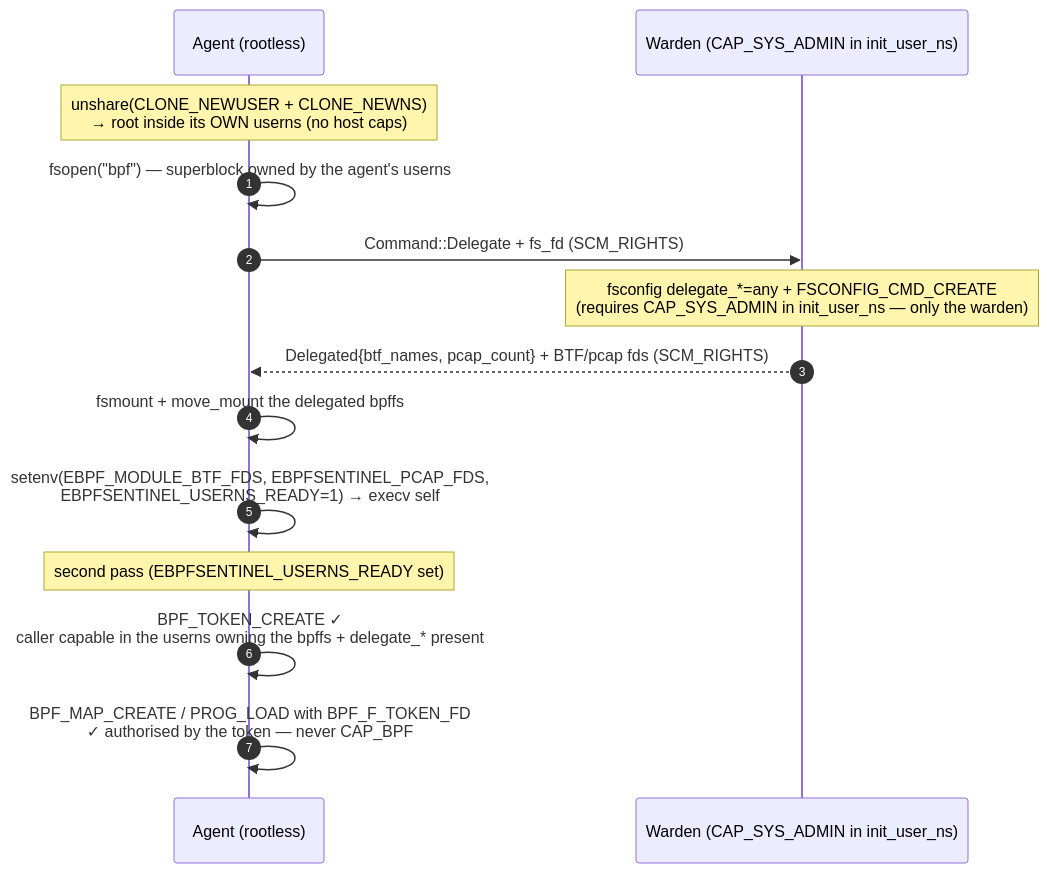
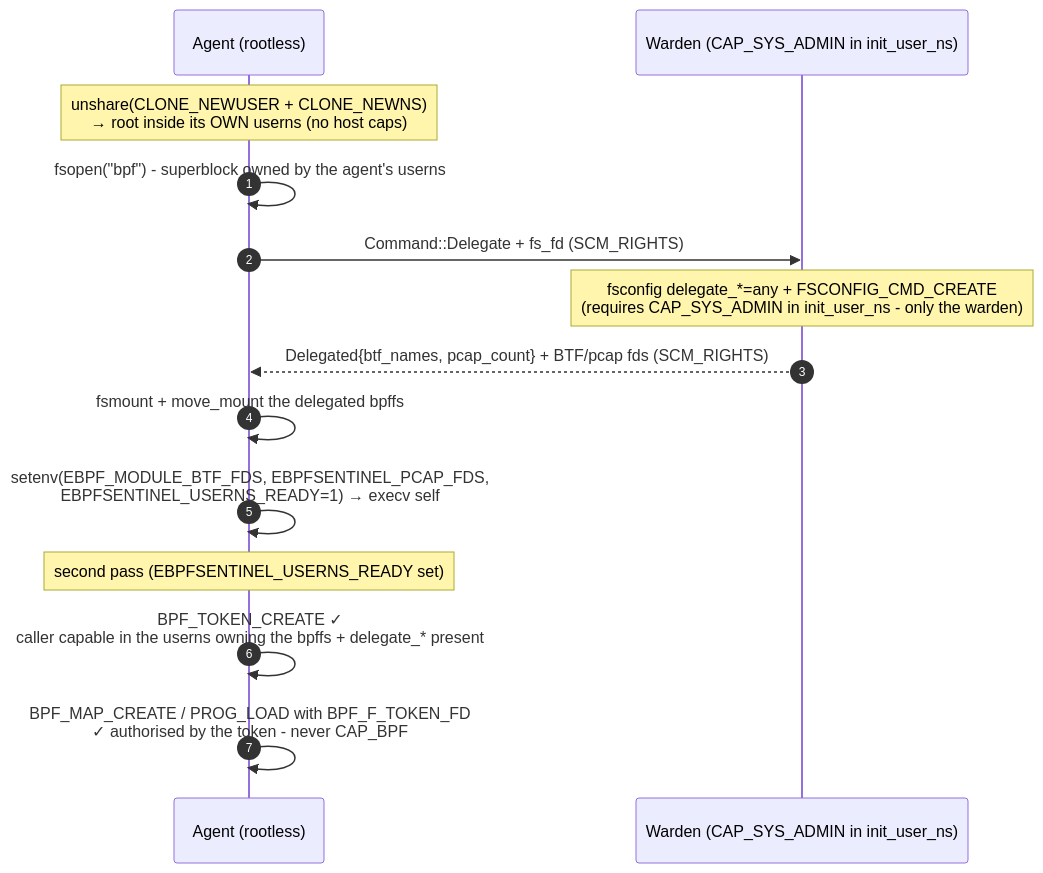
Before and after one commit to ebpfsentinel/ebpfsentinel-docs: the diagram in docs/operations/deployment/bpf-token.md, drawn with Mermaid. The commit also changed other lines of this file and 102 other files, not shown here.

````diff
--- a/docs/operations/deployment/bpf-token.md
+++ b/docs/operations/deployment/bpf-token.md
@@ -35,17 +35,17 @@
 ```mermaid
 sequenceDiagram
     autonumber
     participant A as Agent (rootless)
     participant W as Warden (CAP_SYS_ADMIN in init_user_ns)
 
     Note over A: unshare(CLONE_NEWUSER + CLONE_NEWNS)<br/>→ root inside its OWN userns (no host caps)
-    A->>A: fsopen("bpf") — superblock owned by the agent's userns
+    A->>A: fsopen("bpf") - superblock owned by the agent's userns
     A->>W: Command::Delegate + fs_fd (SCM_RIGHTS)
-    Note over W: fsconfig delegate_*=any + FSCONFIG_CMD_CREATE<br/>(requires CAP_SYS_ADMIN in init_user_ns — only the warden)
+    Note over W: fsconfig delegate_*=any + FSCONFIG_CMD_CREATE<br/>(requires CAP_SYS_ADMIN in init_user_ns - only the warden)
     W-->>A: Delegated{btf_names, pcap_count} + BTF/pcap fds (SCM_RIGHTS)
     A->>A: fsmount + move_mount the delegated bpffs
     A->>A: setenv(EBPF_MODULE_BTF_FDS, EBPFSENTINEL_PCAP_FDS,<br/>EBPFSENTINEL_USERNS_READY=1) → execv self
     Note over A: second pass (EBPFSENTINEL_USERNS_READY set)
     A->>A: BPF_TOKEN_CREATE ✓<br/>caller capable in the userns owning the bpffs + delegate_* present
-    A->>A: BPF_MAP_CREATE / PROG_LOAD with BPF_F_TOKEN_FD<br/>✓ authorised by the token — never CAP_BPF
+    A->>A: BPF_MAP_CREATE / PROG_LOAD with BPF_F_TOKEN_FD<br/>✓ authorised by the token - never CAP_BPF
 ```
````
